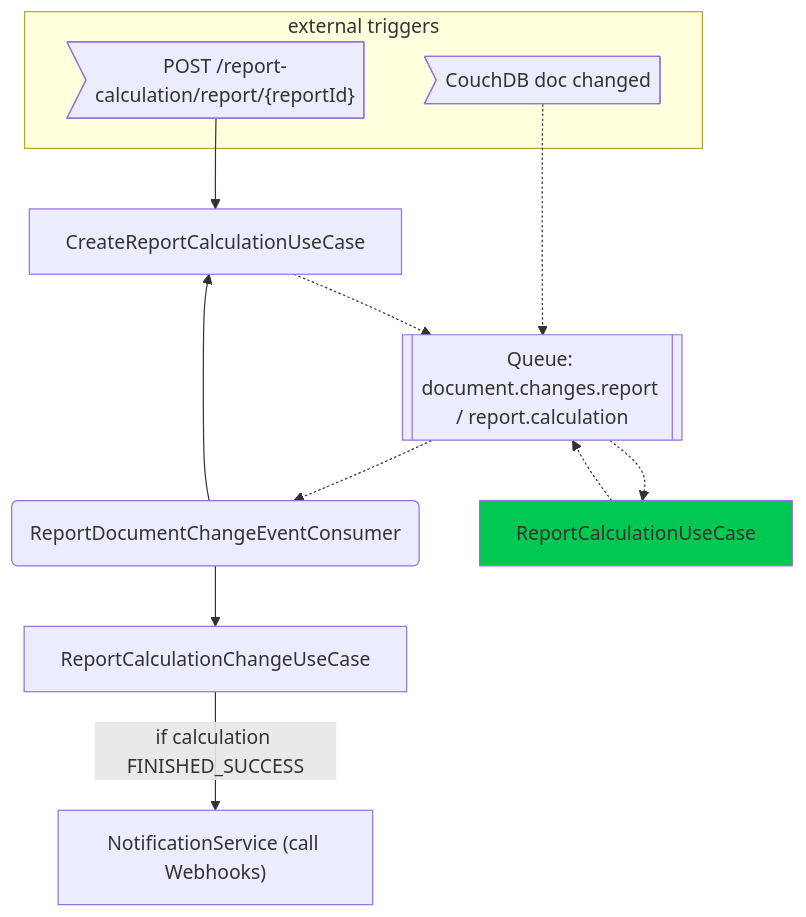
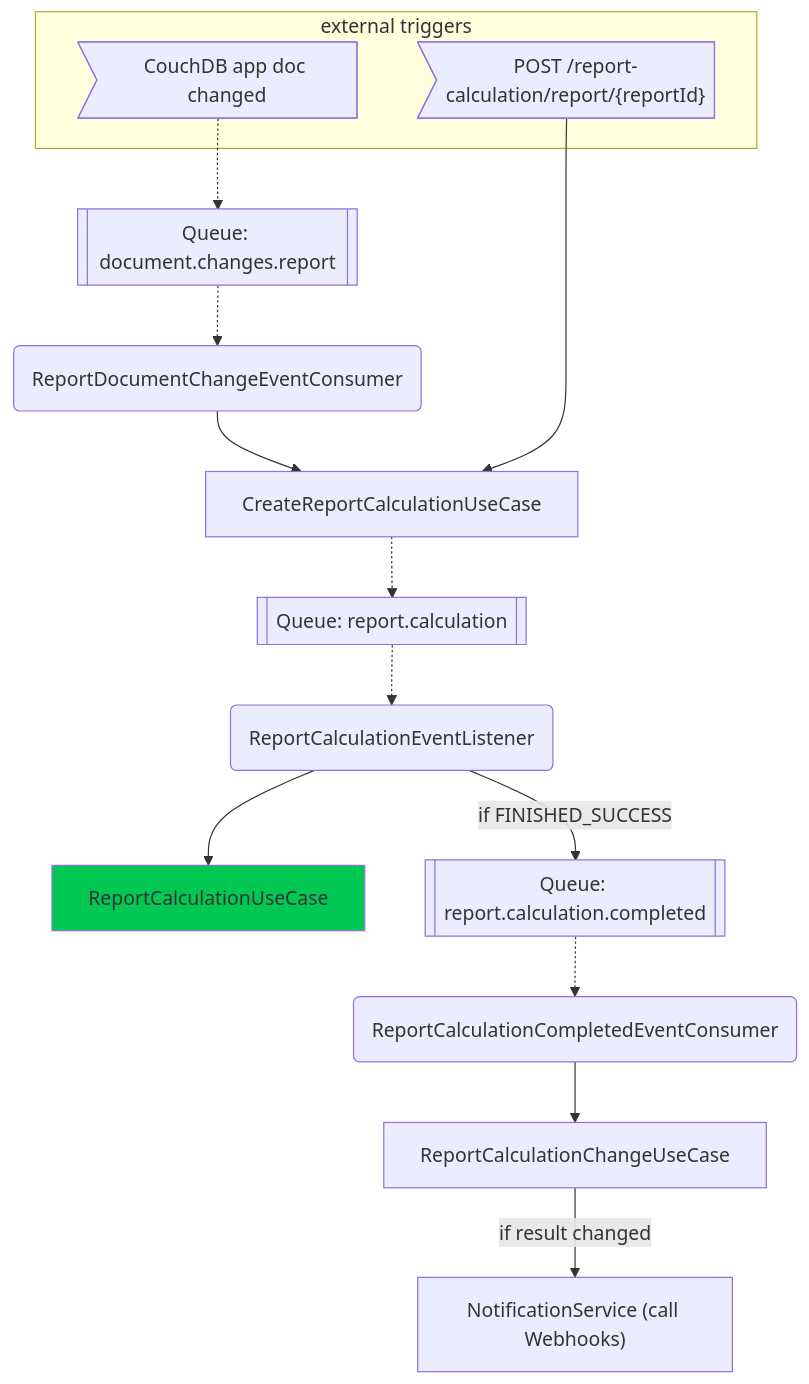
The diagram in application/aam-backend-service/src/main/kotlin/com/aamdigital/aambackendservice/reporting/README.md (Aam-Digital/aam-services), drawn with Mermaid before and after one commit. The commit also changed 16 other files, not shown here.

````diff
--- a/application/aam-backend-service/src/main/kotlin/com/aamdigital/aambackendservice/reporting/README.md
+++ b/application/aam-backend-service/src/main/kotlin/com/aamdigital/aambackendservice/reporting/README.md
@@ -12,26 +12,24 @@
 ```mermaid
 flowchart TD
     subgraph trigger[external triggers]
         calculationRequest>"POST /report-calculation/report/{reportId}"]
-        externalDocChange>"CouchDB doc changed"]
+        externalDocChange>"CouchDB app doc changed"]
     end
+
+    externalDocChange -.-> Q_DocChanges
+    Q_DocChanges[[Queue: document.changes.report]] -.-> ChangeEventConsumer
+    ChangeEventConsumer(ReportDocumentChangeEventConsumer) --> CreateCalculation
     calculationRequest --> CreateCalculation
-    externalDocChange -.-> Q_DocChanges
 
-    Q_DocChanges -.-> ChangeEventConsumer
-    ChangeEventConsumer --> CreateCalculation
-    CreateCalculation -.-> Q_DocChanges
-    Q_DocChanges -.-> Calculation
-    Calculation -.-> Q_DocChanges
-    
-    ChangeEventConsumer --> CalculationChange
-    CalculationChange -- if calculation FINISHED_SUCCESS --> WebhookNotification
-
-    Q_DocChanges[[Queue: document.changes.report / report.calculation]]
-    ChangeEventConsumer(ReportDocumentChangeEventConsumer)
-    CreateCalculation[CreateReportCalculationUseCase]
+    CreateCalculation[CreateReportCalculationUseCase] -.-> Q_Calculation
+    Q_Calculation[[Queue: report.calculation]] -.-> CalculationListener
+    CalculationListener(ReportCalculationEventListener) --> Calculation
     Calculation[ReportCalculationUseCase]
     style Calculation fill:#00C853
-    CalculationChange[ReportCalculationChangeUseCase]
+
+    CalculationListener -- if FINISHED_SUCCESS --> Q_Completed
+    Q_Completed[[Queue: report.calculation.completed]] -.-> CompletedConsumer
+    CompletedConsumer(ReportCalculationCompletedEventConsumer) --> CalculationChange
+    CalculationChange[ReportCalculationChangeUseCase] -- if result changed --> WebhookNotification
     WebhookNotification["NotificationService (call Webhooks)"]
 ```
````
